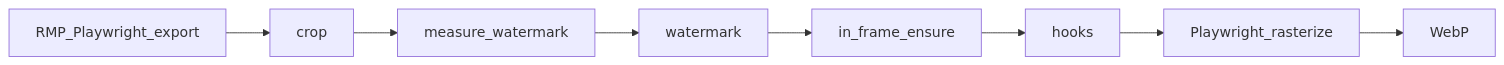
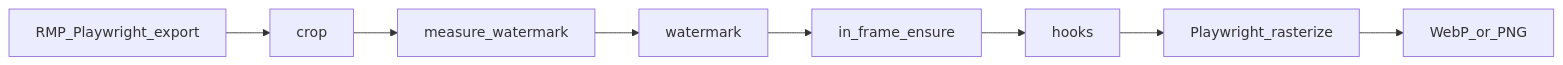
The diagram in README.en.md (Unnamed2964/rmp-export-action), drawn with Mermaid before and after one commit. The commit also changed other lines of this file and 11 other files, not shown here.

````diff
--- a/README.en.md
+++ b/README.en.md
@@ -194,13 +196,13 @@
 ```mermaid
 flowchart LR
   export[RMP_Playwright_export]
   crop[crop]
   measure[measure_watermark]
   wm[watermark]
   frame[in_frame_ensure]
   hooks[hooks]
   raster[Playwright_rasterize]
-  webp[WebP]
+  rasterOut[WebP_or_PNG]
 
-  export --> crop --> measure --> wm --> frame --> hooks --> raster --> webp
+  export --> crop --> measure --> wm --> frame --> hooks --> raster --> rasterOut
 ```
````
